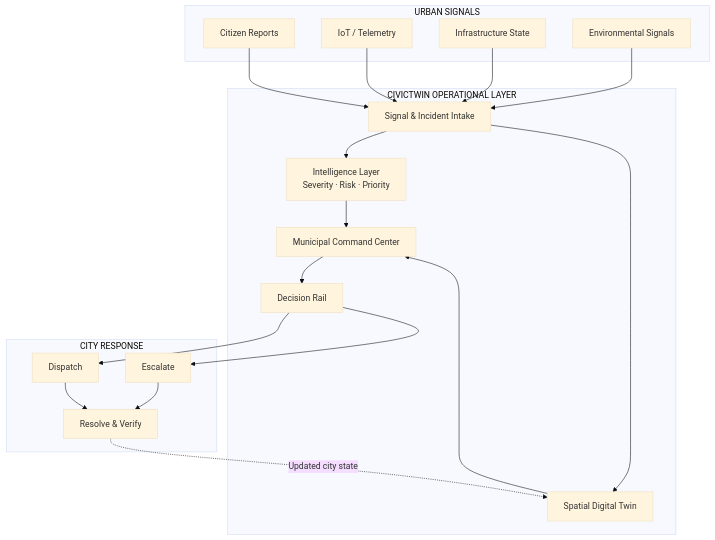
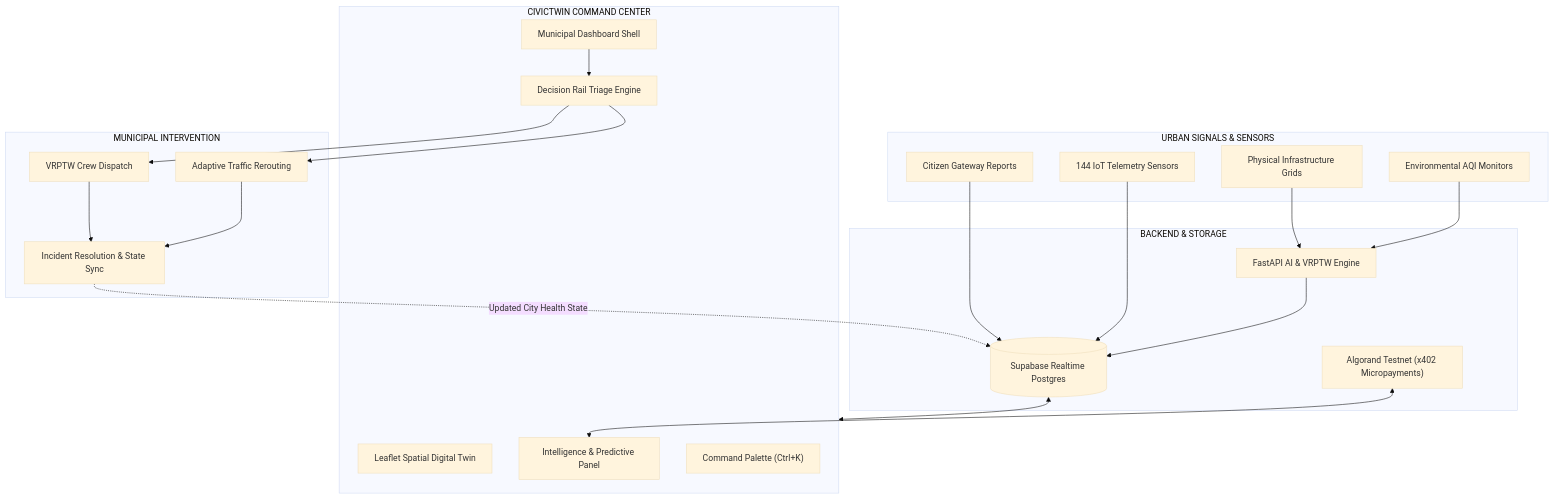
The second of 4 diagrams in README.md (SIDDHARTHXMEUR/CIVICTWIN), drawn with Mermaid (base theme) before and after one commit. The commit also changed other lines of this file and 23 other files, not shown here.

Commit message:
feat: complete mission control typography, spatial digital twin fixes, and full feature documentation

````diff
--- a/README.md
+++ b/README.md
@@ -262,38 +203,43 @@
 ```mermaid
 flowchart TB
-    subgraph INPUTS [URBAN SIGNALS]
-        C["Citizen Reports"]
-        S["IoT / Telemetry"]
-        INF["Infrastructure State"]
-        ENV["Environmental Signals"]
+    subgraph INTAKE [URBAN SIGNALS & SENSORS]
+        CIT["Citizen Gateway Reports"]
+        IOT["144 IoT Telemetry Sensors"]
+        INF["Physical Infrastructure Grids"]
+        ENV["Environmental AQI Monitors"]
     end
 
-    subgraph CORE [CIVICTWIN OPERATIONAL LAYER]
-        ING["Signal & Incident Intake"]
-        INT["Intelligence Layer<br/>Severity · Risk · Priority"]
-        SP["Spatial Digital Twin"]
-        CMD["Municipal Command Center"]
-        DEC["Decision Rail"]
+    subgraph SERVICES [BACKEND & STORAGE]
+        SB[("Supabase Realtime Postgres")]
+        FAST["FastAPI AI & VRPTW Engine"]
+        ALGO["Algorand Testnet (x402 Micropayments)"]
     end
 
-    subgraph ACTION [CITY RESPONSE]
-        DISP["Dispatch"]
-        ESC["Escalate"]
-        RES["Resolve & Verify"]
+    subgraph WORKSPACE [CIVICTWIN COMMAND CENTER]
+        GIS["Leaflet Spatial Digital Twin"]
+        INT["Intelligence & Predictive Panel"]
+        CMD["Municipal Dashboard Shell"]
+        DEC["Decision Rail Triage Engine"]
+        PAL["Command Palette (Ctrl+K)"]
     end
 
-    C --> ING
-    S --> ING
-    INF --> ING
-    ENV --> ING
-    ING --> INT
-    ING --> SP
-    INT --> CMD
-    SP --> CMD
+    subgraph ACTION [MUNICIPAL INTERVENTION]
+        VRPTW["VRPTW Crew Dispatch"]
+        REROUTE["Adaptive Traffic Rerouting"]
+        RES["Incident Resolution & State Sync"]
+    end
+
+    CIT --> SB
+    IOT --> SB
+    INF --> FAST
+    ENV --> FAST
+    FAST --> SB
+    SB <--> WORKSPACE
+    ALGO <--> INT
     CMD --> DEC
-    DEC --> DISP
-    DEC --> ESC
-    DISP --> RES
-    ESC --> RES
-    RES -.->|Updated city state| SP
+    DEC --> VRPTW
+    DEC --> REROUTE
+    VRPTW --> RES
+    REROUTE --> RES
+    RES -.->|Updated City Health State| SB
 ```
````
